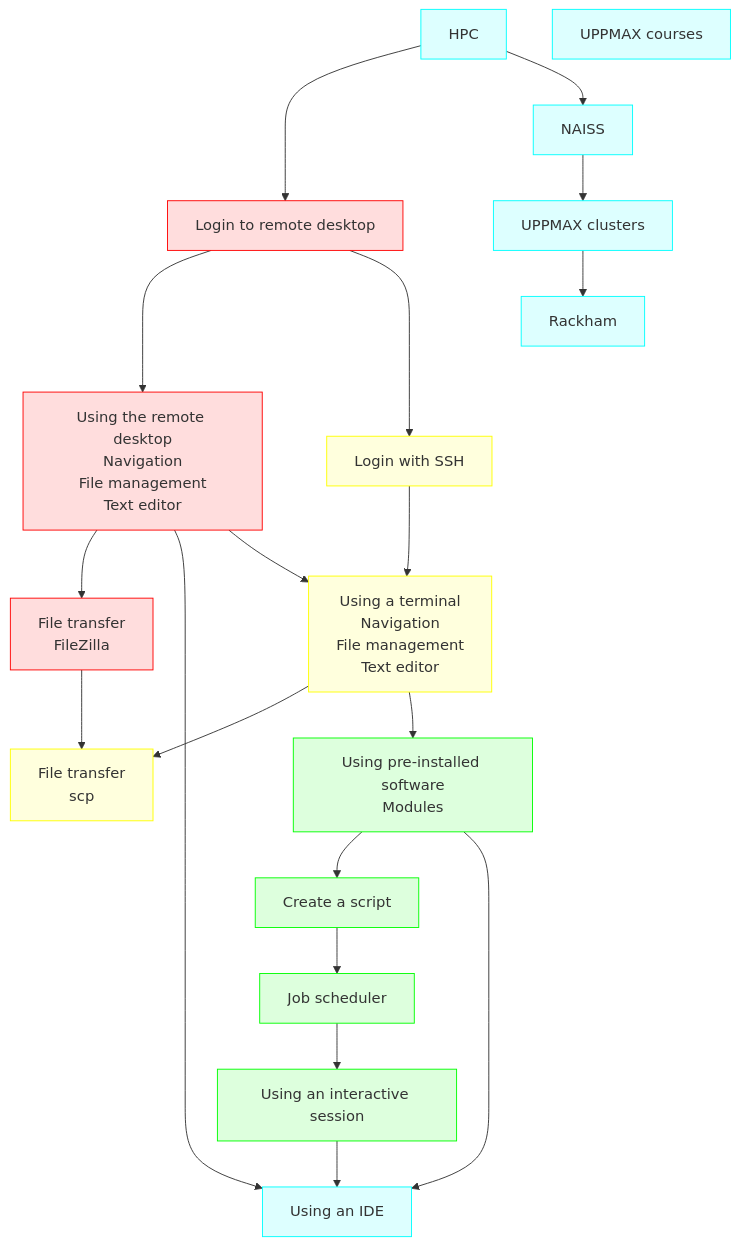
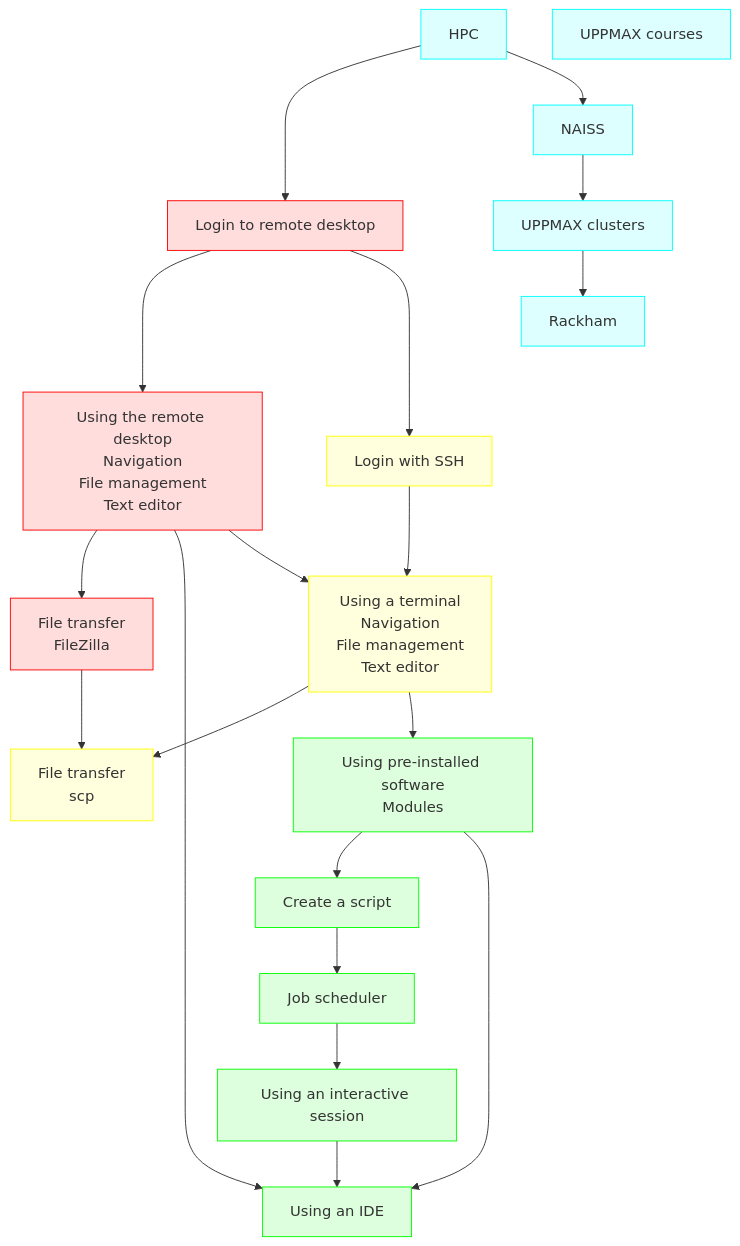
The first of 3 diagrams in docs/overviews/uppmax_intro_day_1.md (UPPMAX/uppmax_intro_day_1), drawn with Mermaid before and after one commit. The commit also changed other lines of this file, not shown here.

Commit message:
IDEs is at real work

````diff
--- a/docs/overviews/uppmax_intro_day_1.md
+++ b/docs/overviews/uppmax_intro_day_1.md
@@ -3,63 +3,63 @@
 ```mermaid
 flowchart TD
 
   classDef basic_gui fill:#fdd, stroke:#f00
   classDef basic_terminal fill:#ffd, stroke:#ff0
   classDef real_work fill:#dfd, stroke:#0f0
-  classDef go_deeper fill:#dff, stroke:#0ff
+  classDef bigger_picture fill:#dff, stroke:#0ff
 
   %% subgraph world[The world]
-    hpc[HPC]:::go_deeper
-    naiss[NAISS]:::go_deeper
+    hpc[HPC]:::bigger_picture
+    naiss[NAISS]:::bigger_picture
   %% subgraph uppmax[UPPMAX]
-      uppmax_clusters[UPPMAX clusters]:::go_deeper
-      rackham[Rackham]:::go_deeper
-      uppmax_courses[UPPMAX courses]:::go_deeper
+      uppmax_clusters[UPPMAX clusters]:::bigger_picture
+      rackham[Rackham]:::bigger_picture
+      uppmax_courses[UPPMAX courses]:::bigger_picture
     %% end
   %% end
   %% subgraph remote_desktop[Remote desktop environment]
     login_remote_desktop[Login to remote desktop]:::basic_gui
     use_remote_desktop[Using the remote desktop\nNavigation\nFile management\nText editor]:::basic_gui
     file_transfer_filezilla[File transfer\nFileZilla]:::basic_gui
-    use_ide[Using an IDE]:::go_deeper
+    use_ide[Using an IDE]:::real_work
   %% end
   %% subgraph console[Console environment]
     login_ssh[Login with SSH]:::basic_terminal
     use_terminal[Using a terminal\nNavigation\nFile management\nText editor]:::basic_terminal
     file_transfer_scp[File transfer\nscp]:::basic_terminal
     scripts[Create a script]:::real_work
     modules[Using pre-installed software\nModules]:::real_work
     interactive[Using an interactive session]:::real_work
     job_scheduler[Job scheduler]:::real_work
   %% end
 
   hpc ---> login_remote_desktop
 
   %% UPPMAX
   hpc --> naiss
   naiss --> uppmax_clusters
   uppmax_clusters --> rackham
 
   %% GUI
   login_remote_desktop ---> use_remote_desktop
   use_remote_desktop --> file_transfer_filezilla
   use_remote_desktop --> use_ide
 
   %% Console
   login_ssh --> use_terminal
   use_terminal --> file_transfer_scp
   use_terminal --> modules
   scripts --> job_scheduler
   modules --> scripts
   job_scheduler --> interactive
 
   %% console -> GUI
   modules --> use_ide
   
 
   %% GUI -> console
   login_remote_desktop --> login_ssh
   use_remote_desktop --> use_terminal
   file_transfer_filezilla --> file_transfer_scp  
   interactive --> use_ide
 ```
````
